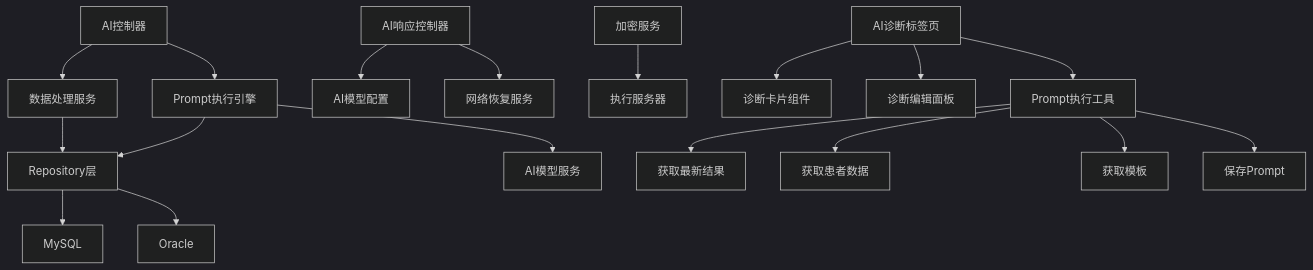
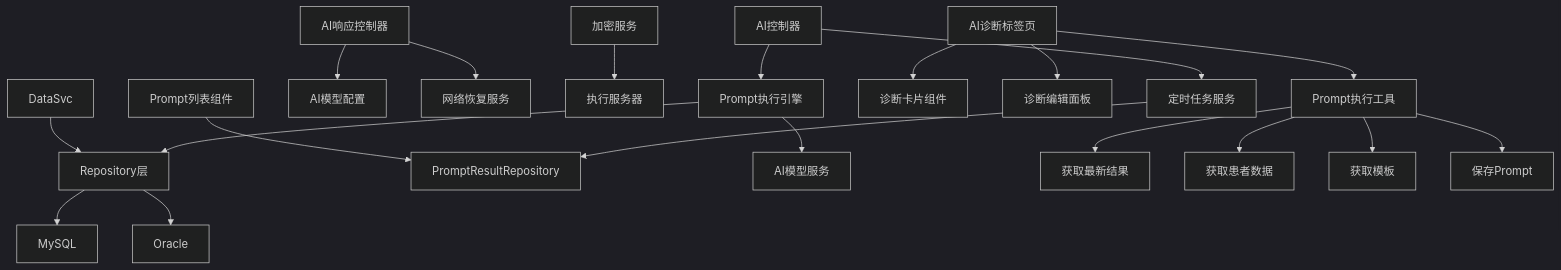
One commit to liuzh2008/med_ai_assistant_workspace changed the eighth of 8 diagrams in .qoder/repowiki/zh/content/核心功能模块/AI诊断辅助系统.md. Above: the diagram before and after it, drawn with Mermaid (dark theme). The commit also changed other lines of this file and 2 other files, not shown here.

````diff
--- a/.qoder/repowiki/zh/content/核心功能模块/AI诊断辅助系统.md
+++ b/.qoder/repowiki/zh/content/核心功能模块/AI诊断辅助系统.md
@@ -430,20 +517,22 @@
 ```mermaid
 graph TB
 AI["AI控制器"] --> PromptSvc["Prompt执行引擎"]
-AI --> DataSvc["数据处理服务"]
+AI --> TimerSvc["定时任务服务"]
 AIResp["AI响应控制器"] --> AIModelCfg["AI模型配置"]
 AIResp --> NetRecovery["网络恢复服务"]
 Encrypt["加密服务"] --> ExecServer["执行服务器"]
 PromptSvc --> Repo["Repository层"]
+TimerSvc --> PromptResultRepo["PromptResultRepository"]
 DataSvc --> Repo
 Repo --> MySQL["MySQL"]
 Repo --> Oracle["Oracle"]
 PromptSvc --> AIModel["AI模型服务"]
 AIDiagnosisTab["AI诊断标签页"] --> DiagnosisCard["诊断卡片组件"]
 AIDiagnosisTab --> DiagnosisEditPanel["诊断编辑面板"]
 AIDiagnosisTab --> handlePromptExecution["Prompt执行工具"]
+PromptList["Prompt列表组件"] --> PromptResultRepo
 handlePromptExecution --> getLatestPromptResult["获取最新结果"]
 handlePromptExecution --> getPatientData["获取患者数据"]
 handlePromptExecution --> getPromptTemplate["获取模板"]
 handlePromptExecution --> addPrompt["保存Prompt"]
 ```
````
